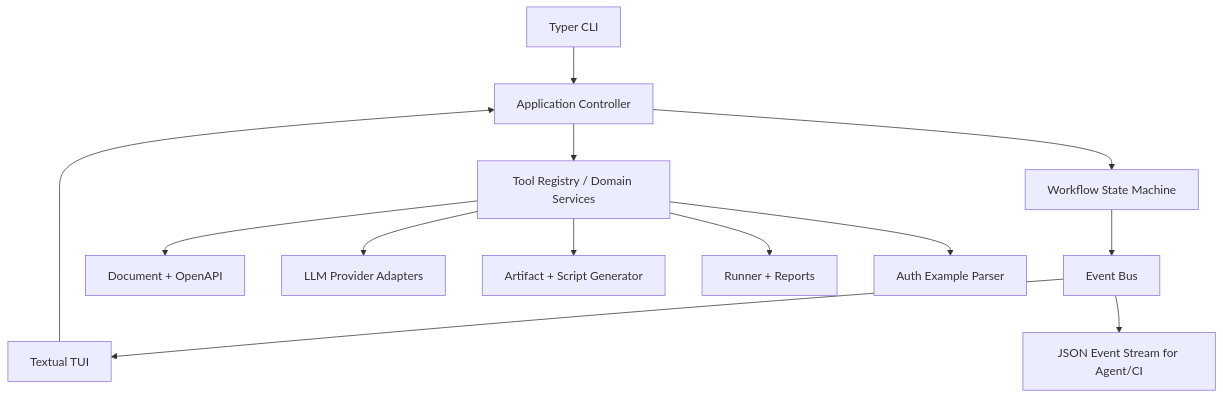
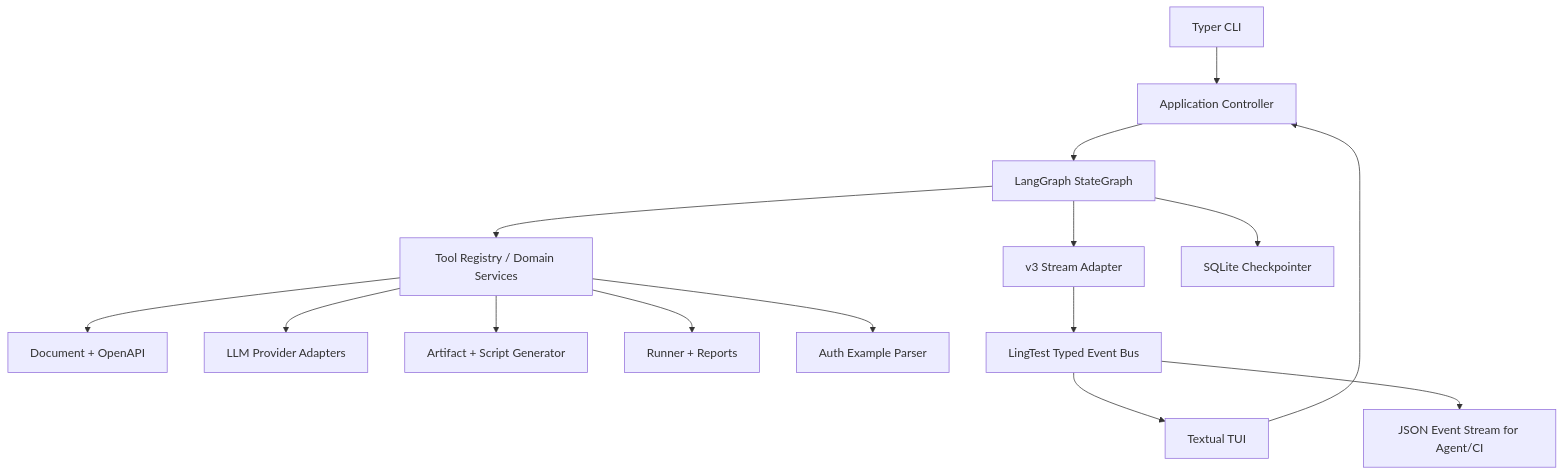
The second of 2 diagrams in docs/hermes style TUI技术方案.md (sunweitest/lingtest-cli), drawn with Mermaid before and after one commit. The commit also changed other lines of this file, not shown here.

Commit message:
docs: adopt LangGraph for TUI orchestration

````diff
--- a/docs/hermes style TUI技术方案.md
+++ b/docs/hermes style TUI技术方案.md
@@ -291,15 +291,17 @@
 ```mermaid
 flowchart TD
     A["Typer CLI"] --> D["Application Controller"]
     C["Textual TUI"] --> D
-    D --> E["Workflow State Machine"]
-    D --> F["Tool Registry / Domain Services"]
-    E --> G["Event Bus"]
+    D --> E["LangGraph StateGraph"]
+    E --> F["Tool Registry / Domain Services"]
+    E --> G["v3 Stream Adapter"]
+    E --> N["SQLite Checkpointer"]
     F --> H["Document + OpenAPI"]
     F --> I["LLM Provider Adapters"]
     F --> J["Artifact + Script Generator"]
     F --> K["Runner + Reports"]
     F --> L["Auth Example Parser"]
-    G --> C
-    G --> M["JSON Event Stream for Agent/CI"]
+    G --> O["LingTest Typed Event Bus"]
+    O --> C
+    O --> M["JSON Event Stream for Agent/CI"]
 ```
````
